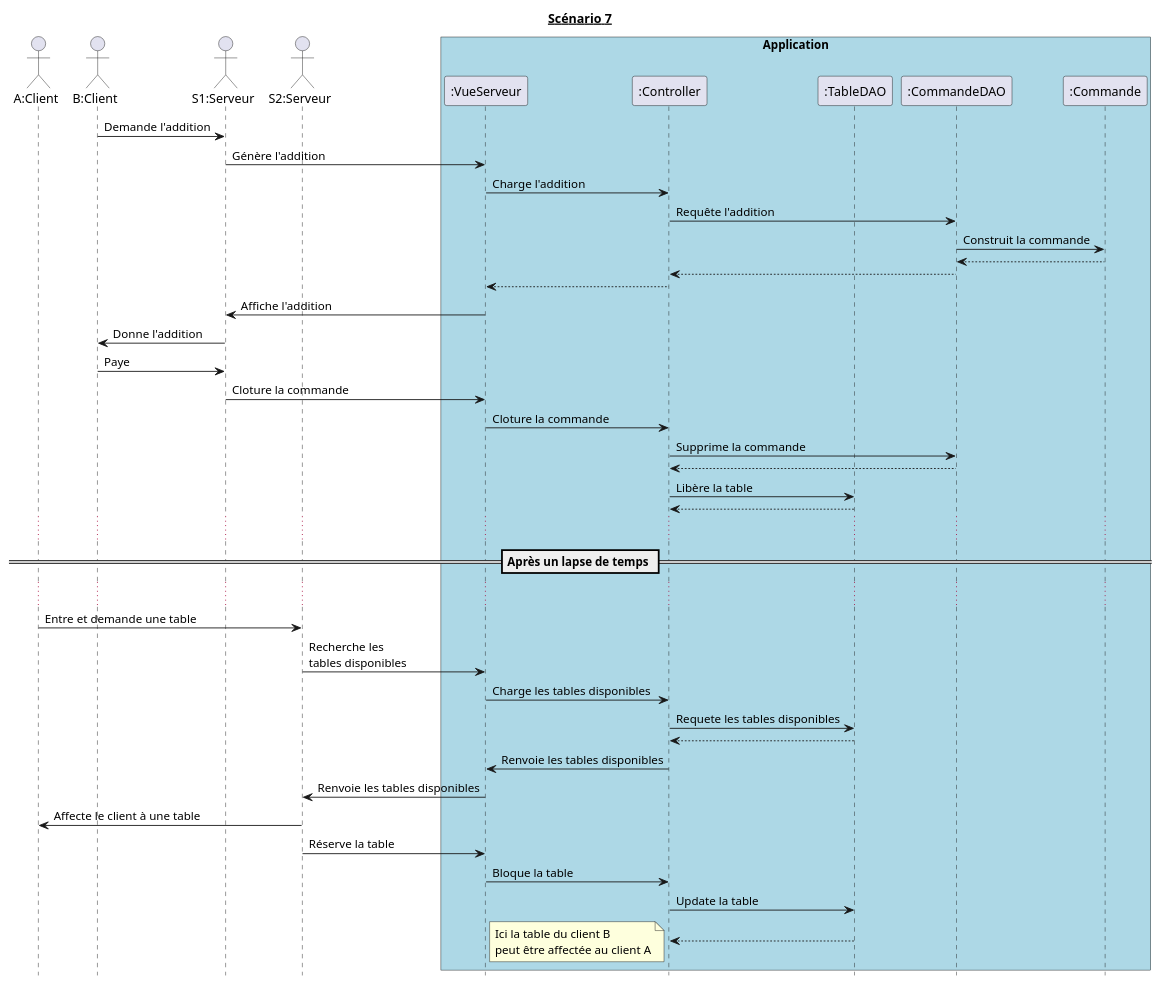
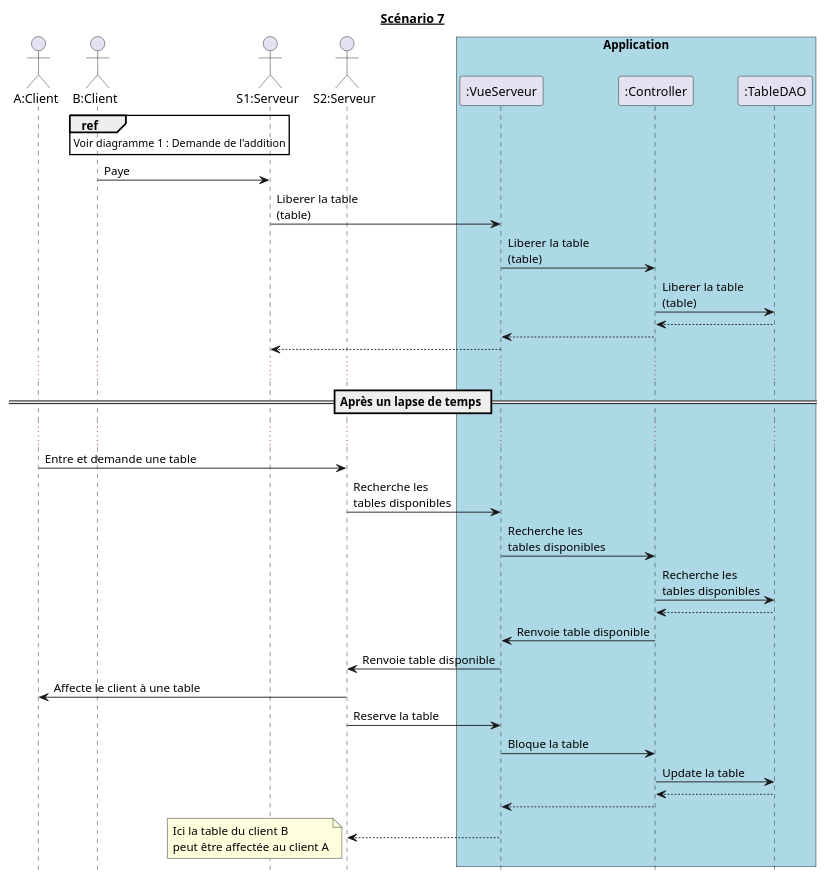
The diagram in diagrammes_sequences_detailles/dss7.md (hulskenA/GL-Les_seigneurs_du_resto), drawn with PlantUML before and after one commit. The commit also changed 7 other files, not shown here.

````diff
--- a/diagrammes_sequences_detailles/dss7.md
+++ b/diagrammes_sequences_detailles/dss7.md
@@ -1,58 +1,52 @@
 ```puml
 @startuml
 hide footbox
 title __Scénario 7__
 
 actor "A:Client" as ClientA order 10
 actor "B:Client" as ClientB order 20
 
 actor "S1:Serveur" as Serveur1 order 30
 actor "S2:Serveur" as Serveur2 order 40
 
 box "Application" #Lightblue
     participant ":VueServeur" as VueServeur order 50
     participant ":Controller" as Controller order 60
     participant ":TableDAO" as TableDAO order 70
-    participant ":CommandeDAO" as CommandeDAO order 80
-    participant ":Commande" as Commande order 90
 endbox
 
-ClientB -> Serveur1 : Demande l'addition
-Serveur1 -> VueServeur : Génère l'addition
-VueServeur -> Controller : Charge l'addition
-Controller -> CommandeDAO : Requête l'addition
-CommandeDAO -> Commande : Construit la commande
-CommandeDAO <-- Commande
-Controller <-- CommandeDAO
-VueServeur <-- Controller
-Serveur1 <- VueServeur : Affiche l'addition
-ClientB <- Serveur1 : Donne l'addition
+ref over ClientB
+  Voir diagramme 1 : Demande de l'addition
+end
+
 ClientB -> Serveur1 : Paye
-Serveur1 -> VueServeur : Cloture la commande
-VueServeur -> Controller : Cloture la commande
-Controller -> CommandeDAO : Supprime la commande
-Controller <-- CommandeDAO
-Controller -> TableDAO : Libère la table
+Serveur1 -> VueServeur : Liberer la table\n(table)
+VueServeur -> Controller : Liberer la table\n(table)
+Controller -> TableDAO : Liberer la table\n(table)
 Controller <-- TableDAO
+Controller --> VueServeur
+VueServeur --> Serveur1
 
 ...
 == Après un lapse de temps ==
 ...
 
 ClientA -> Serveur2 : Entre et demande une table
 Serveur2 -> VueServeur : Recherche les\ntables disponibles
-VueServeur -> Controller : Charge les tables disponibles
-Controller -> TableDAO : Requete les tables disponibles
+VueServeur -> Controller : Recherche les\ntables disponibles
+Controller -> TableDAO : Recherche les\ntables disponibles
 Controller <-- TableDAO
-VueServeur <- Controller : Renvoie les tables disponibles
-Serveur2 <- VueServeur : Renvoie les tables disponibles
+VueServeur <- Controller : Renvoie table disponible
+Serveur2 <- VueServeur : Renvoie table disponible
 Serveur2 -> ClientA : Affecte le client à une table
 
-Serveur2 -> VueServeur : Réserve la table
+Serveur2 -> VueServeur : Reserve la table
 VueServeur -> Controller : Bloque la table
 Controller -> TableDAO : Update la table
 Controller <-- TableDAO
+Controller --> VueServeur
+VueServeur --> Serveur2
 note left : Ici la table du client B\npeut être affectée au client A
 
 @enduml
 ```
````
